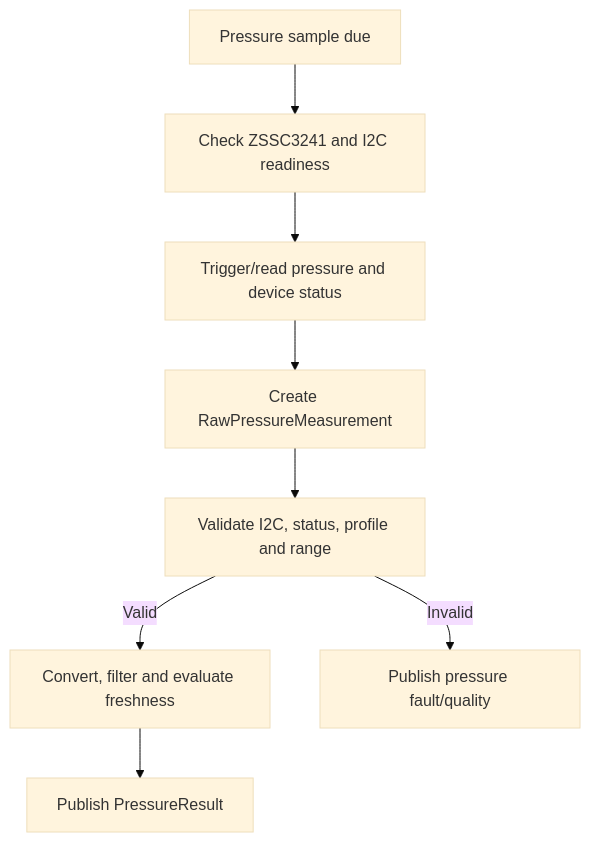
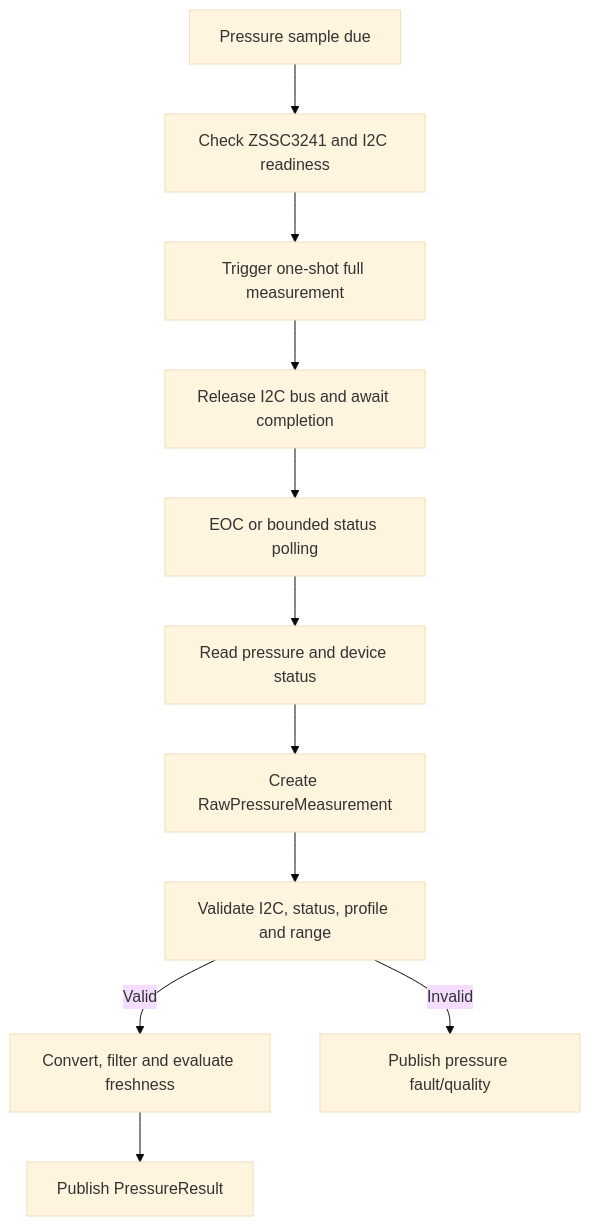
Before and after one commit to whoisLePhuc/smart-water-flow-pressure-monitor: the eighth of 23 diagrams in 1.docs/00_overview/04_main_operation_flow.md, drawn with Mermaid (base theme). The commit also changed other lines of this file and 15 other files, not shown here.

````diff
--- a/1.docs/00_overview/04_main_operation_flow.md
+++ b/1.docs/00_overview/04_main_operation_flow.md
@@ -562,10 +563,13 @@
 ```mermaid
 flowchart TD
     DUE["Pressure sample due"] --> READY["Check ZSSC3241 and I2C readiness"]
-    READY --> ACQUIRE["Trigger/read pressure and device status"]
+    READY --> TRIGGER["Trigger one-shot full measurement"]
+    TRIGGER --> RELEASE["Release I2C bus and await completion"]
+    RELEASE --> COMPLETE["EOC or bounded status polling"]
+    COMPLETE --> ACQUIRE["Read pressure and device status"]
     ACQUIRE --> RAW["Create RawPressureMeasurement"]
     RAW --> VALIDATE["Validate I2C, status, profile and range"]
     VALIDATE -->|"Valid"| PROCESS["Convert, filter and evaluate freshness"]
     VALIDATE -->|"Invalid"| ERROR["Publish pressure fault/quality"]
     PROCESS --> RESULT["Publish PressureResult"]
 ```
````
